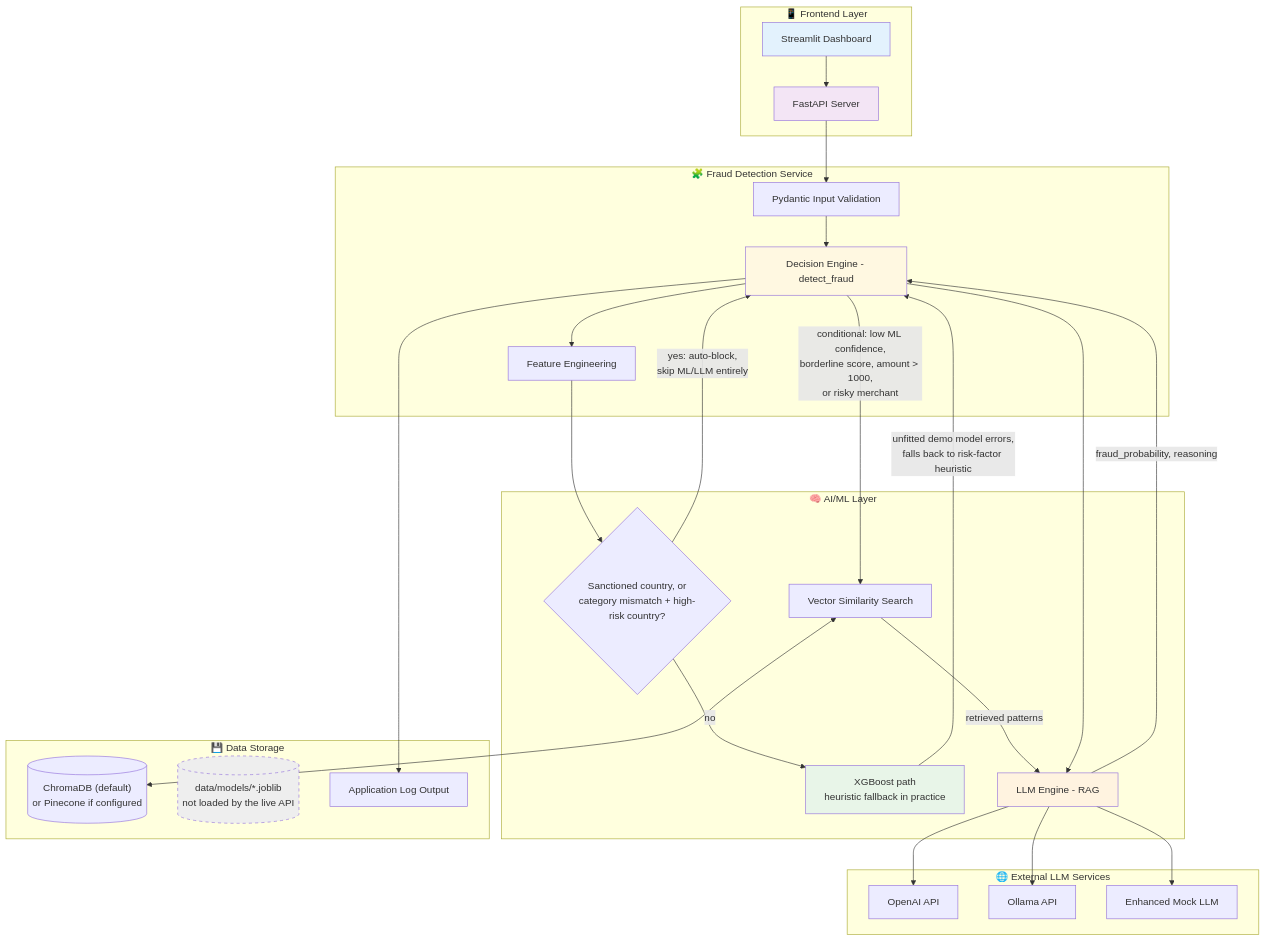
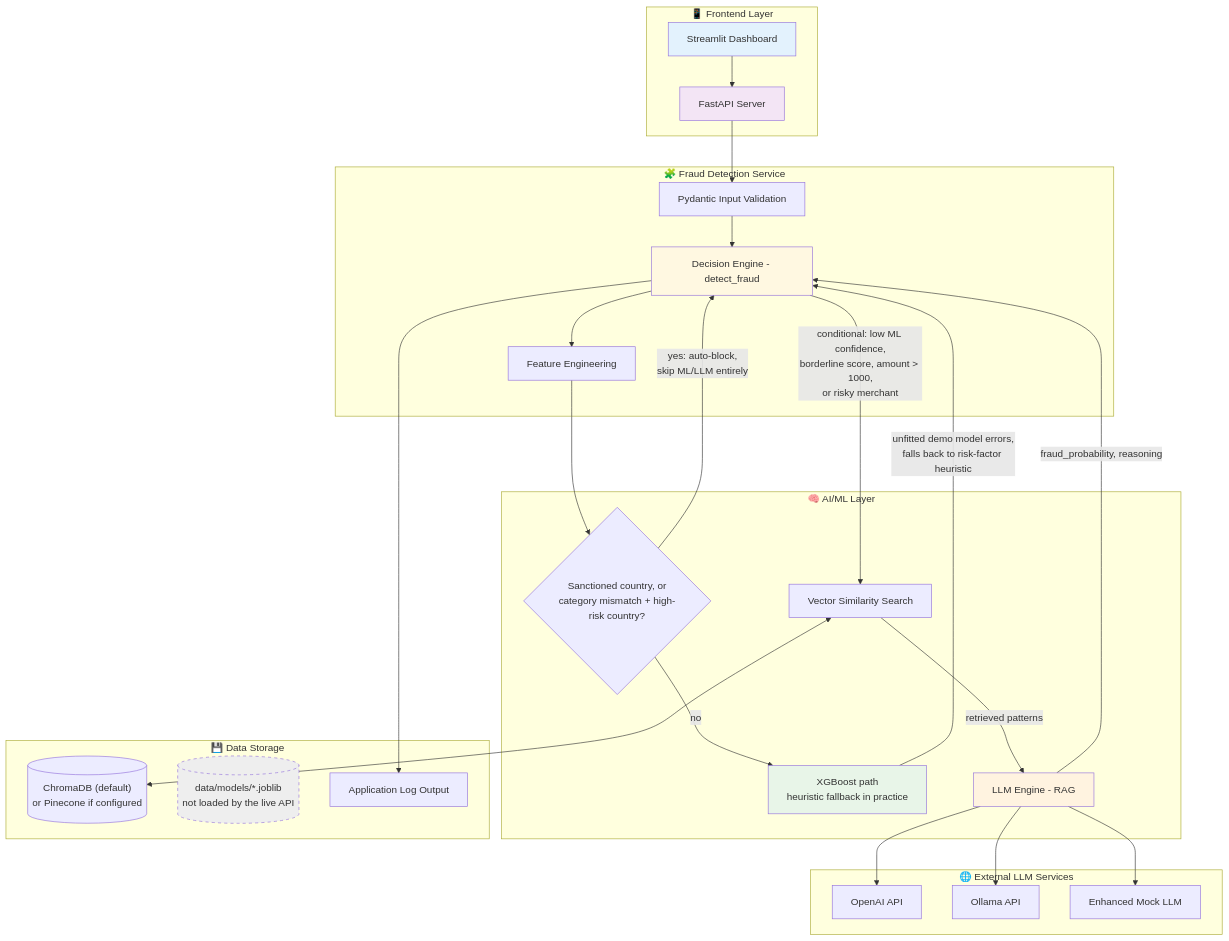
One commit to guruthanglearning/AILearning changed the second of 5 diagrams in MLProjects/creditcardfrauddetection/README.md. Above: the diagram before and after it, drawn with Mermaid.

Commit message:
Remove redundant DECISION->LLM edge from architecture diagram
The Decision Engine only ever reaches the LLM through Vector search's
retrieved patterns (search_similar_patterns() always precedes
analyze_transaction()) - there's no separate direct path, so the extra
edge was misleading per Codex re-review.

````diff
--- a/MLProjects/creditcardfrauddetection/README.md
+++ b/MLProjects/creditcardfrauddetection/README.md
@@ -1626,59 +1626,58 @@
 ```mermaid
 graph TB
     subgraph "📱 Frontend Layer"
         UI[Streamlit Dashboard]
         API[FastAPI Server]
     end
 
     subgraph "🧩 Fraud Detection Service"
         VALIDATION[Pydantic Input Validation]
         DECISION[Decision Engine - detect_fraud]
         FEATURE[Feature Engineering]
     end
 
     subgraph "🧠 AI/ML Layer"
         HARDBLOCK{Sanctioned country, or<br/>category mismatch + high-risk country?}
         XGB[XGBoost path<br/>heuristic fallback in practice]
         VECTOR[Vector Similarity Search]
         LLM[LLM Engine - RAG]
     end
 
     subgraph "🌐 External LLM Services"
         OPENAI[OpenAI API]
         OLLAMA[Ollama API]
         MOCK[Enhanced Mock LLM]
     end
 
     subgraph "💾 Data Storage"
         CHROMA[("ChromaDB (default)<br/>or Pinecone if configured")]
         MODELS[("data/models/*.joblib<br/>not loaded by the live API")]
         LOGS[Application Log Output]
     end
 
     UI --> API
     API --> VALIDATION
     VALIDATION --> DECISION
     DECISION --> FEATURE
     FEATURE --> HARDBLOCK
     HARDBLOCK -->|"yes: auto-block,<br/>skip ML/LLM entirely"| DECISION
     HARDBLOCK -->|no| XGB
     XGB -->|"unfitted demo model errors,<br/>falls back to risk-factor heuristic"| DECISION
 
     DECISION -->|"conditional: low ML confidence,<br/>borderline score, amount > 1000,<br/>or risky merchant"| VECTOR
     VECTOR <--> CHROMA
     VECTOR -->|retrieved patterns| LLM
-    DECISION --> LLM
     LLM --> OPENAI
     LLM --> OLLAMA
     LLM --> MOCK
     LLM -->|fraud_probability, reasoning| DECISION
 
     DECISION --> LOGS
 
     style UI fill:#e3f2fd
     style API fill:#f3e5f5
     style XGB fill:#e8f5e8
     style LLM fill:#fff3e0
     style DECISION fill:#fff8e1
     style MODELS fill:#eeeeee,stroke-dasharray: 5 5
 ```
````
